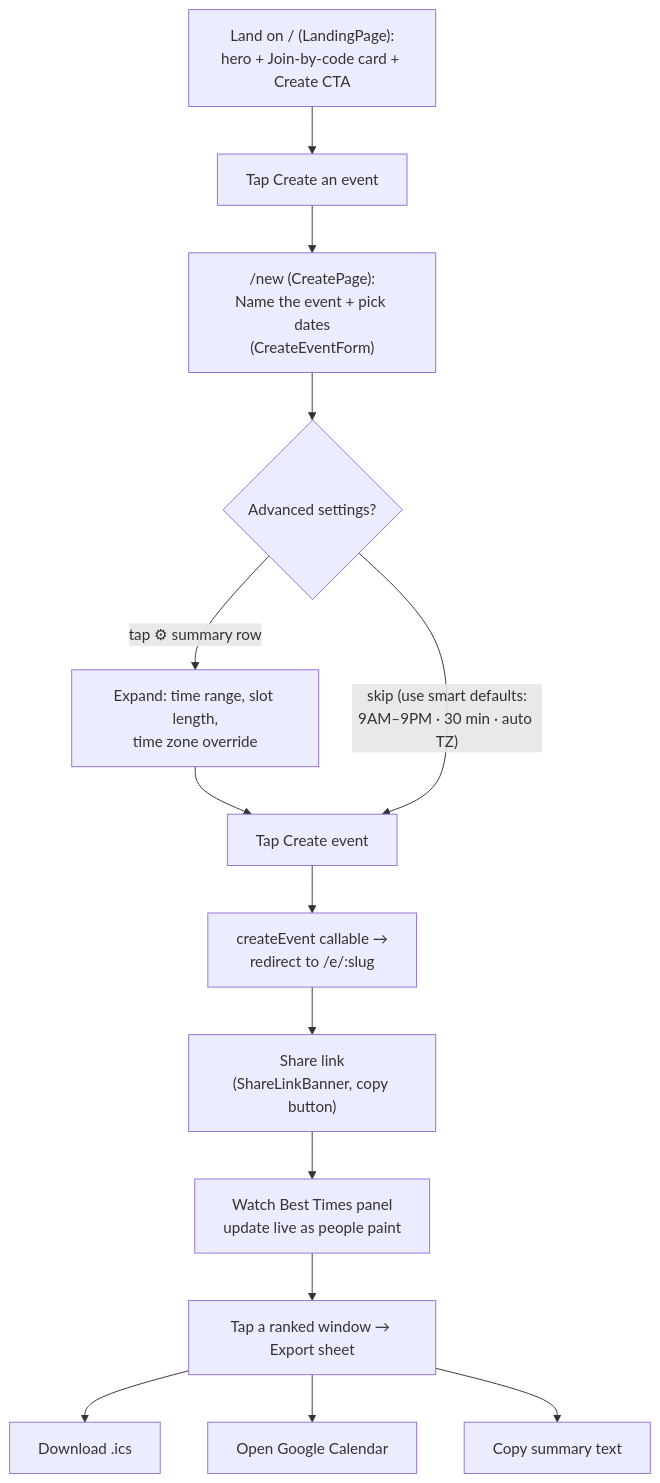
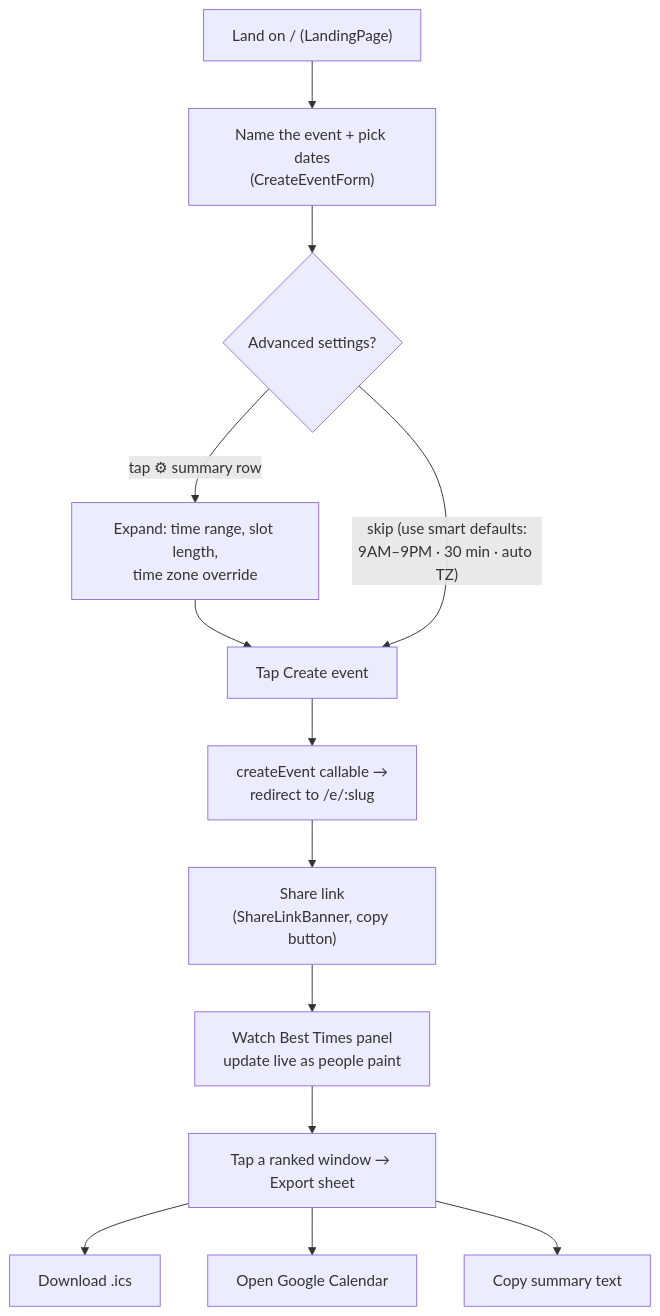
One commit to chlgustjr41/schedule2gather changed the first of 3 diagrams in docs/ux-flows.md. Above: the diagram before and after it, drawn with Mermaid. The commit also changed other lines of this file and 35 other files, not shown here.

Commit message:
Revert "v1.3 + v1.4: landing, dashboard, claim-or-create join with passcodes, session management"

````diff
--- a/docs/ux-flows.md
+++ b/docs/ux-flows.md
@@ -37,16 +11,15 @@
 ```mermaid
 flowchart TD
-  A["Land on / (LandingPage):<br/>hero + Join-by-code card + Create CTA"] --> A1["Tap Create an event"]
-  A1 --> B["/new (CreatePage):<br/>Name the event + pick dates<br/>(CreateEventForm)"]
+  A["Land on / (LandingPage)"] --> B["Name the event + pick dates<br/>(CreateEventForm)"]
   B --> C{"Advanced settings?"}
   C -- "tap ⚙ summary row" --> D["Expand: time range, slot length,<br/>time zone override"]
   D --> E
   C -- "skip (use smart defaults:<br/>9AM–9PM · 30 min · auto TZ)" --> E["Tap Create event"]
   E --> F["createEvent callable →<br/>redirect to /e/:slug"]
   F --> G["Share link<br/>(ShareLinkBanner, copy button)"]
   G --> H["Watch Best Times panel<br/>update live as people paint"]
   H --> I["Tap a ranked window → Export sheet"]
   I --> J1["Download .ics"]
   I --> J2["Open Google Calendar"]
   I --> J3["Copy summary text"]
 ```
````
